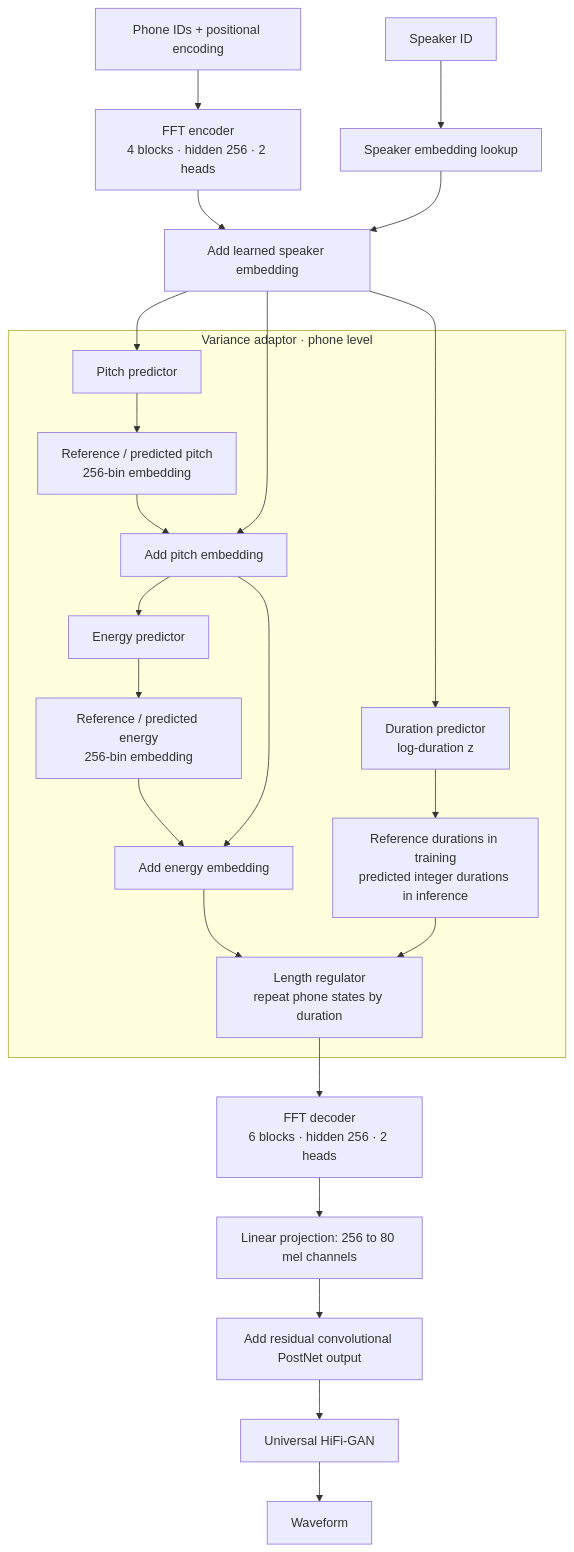
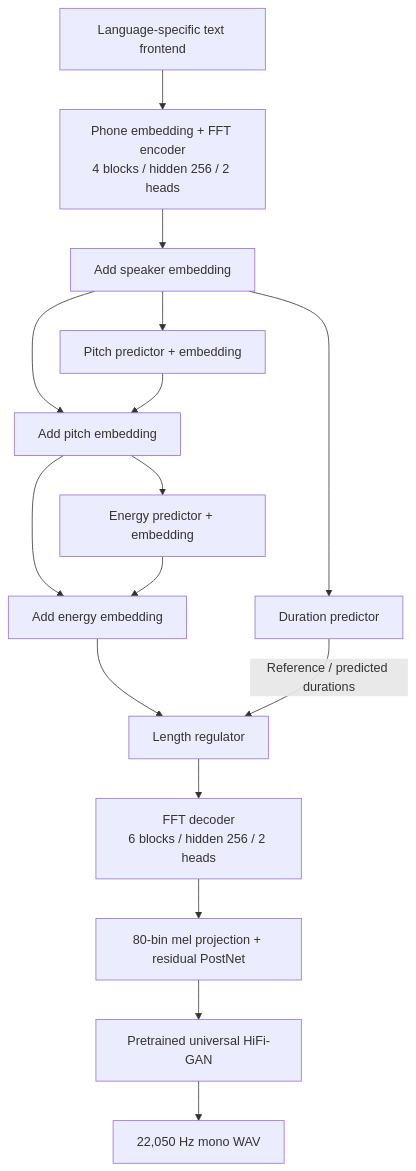
Before and after one commit to SandeshAwate6055/FastSpeech2-English-Telugu: the diagram in README.md, drawn with Mermaid. The commit also changed other lines of this file, not shown here.

Commit message:
docs: shorten README, show navigation and move training graphs above architecture

````diff
--- a/README.md
+++ b/README.md
@@ -126,24 +59,18 @@
 ```mermaid
 flowchart TD
-    PH["Phone IDs + positional encoding"] --> ENC["FFT encoder<br/>4 blocks · hidden 256 · 2 heads"]
-    ENC --> ADD["Add learned speaker embedding"]
-    SPK["Speaker ID"] --> SE["Speaker embedding lookup"] --> ADD
-    subgraph VA["Variance adaptor · phone level"]
-        DP["Duration predictor<br/>log-duration z"] --> DUR["Reference durations in training<br/>predicted integer durations in inference"]
-        PP["Pitch predictor"] --> PB["Reference / predicted pitch<br/>256-bin embedding"]
-        PA["Add pitch embedding"] --> EP["Energy predictor"]
-        EP --> EB["Reference / predicted energy<br/>256-bin embedding"]
-        EA["Add energy embedding"] --> LR["Length regulator<br/>repeat phone states by duration"]
-        PB --> PA
-        EB --> EA
-        PA --> EA
-        DUR --> LR
-    end
-    ADD --> DP
-    ADD --> PP
-    ADD --> PA
-    LR --> DEC["FFT decoder<br/>6 blocks · hidden 256 · 2 heads"]
-    DEC --> PROJ["Linear projection: 256 to 80 mel channels"]
-    PROJ --> RES["Add residual convolutional PostNet output"]
-    RES --> HIFI["Universal HiFi-GAN"] --> OUT["Waveform"]
+    TEXT["Language-specific text frontend"] --> ENC["Phone embedding + FFT encoder<br/>4 blocks / hidden 256 / 2 heads"]
+    ENC --> H["Add speaker embedding"]
+    H --> DP["Duration predictor"]
+    H --> PP["Pitch predictor + embedding"]
+    H --> PA["Add pitch embedding"]
+    PP --> PA
+    PA --> EP["Energy predictor + embedding"]
+    PA --> EA["Add energy embedding"]
+    EP --> EA
+    EA --> LR["Length regulator"]
+    DP -->|"Reference / predicted durations"| LR
+    LR --> DEC["FFT decoder<br/>6 blocks / hidden 256 / 2 heads"]
+    DEC --> MEL["80-bin mel projection + residual PostNet"]
+    MEL --> VOC["Pretrained universal HiFi-GAN"]
+    VOC --> WAV["22,050 Hz mono WAV"]
 ```
````
